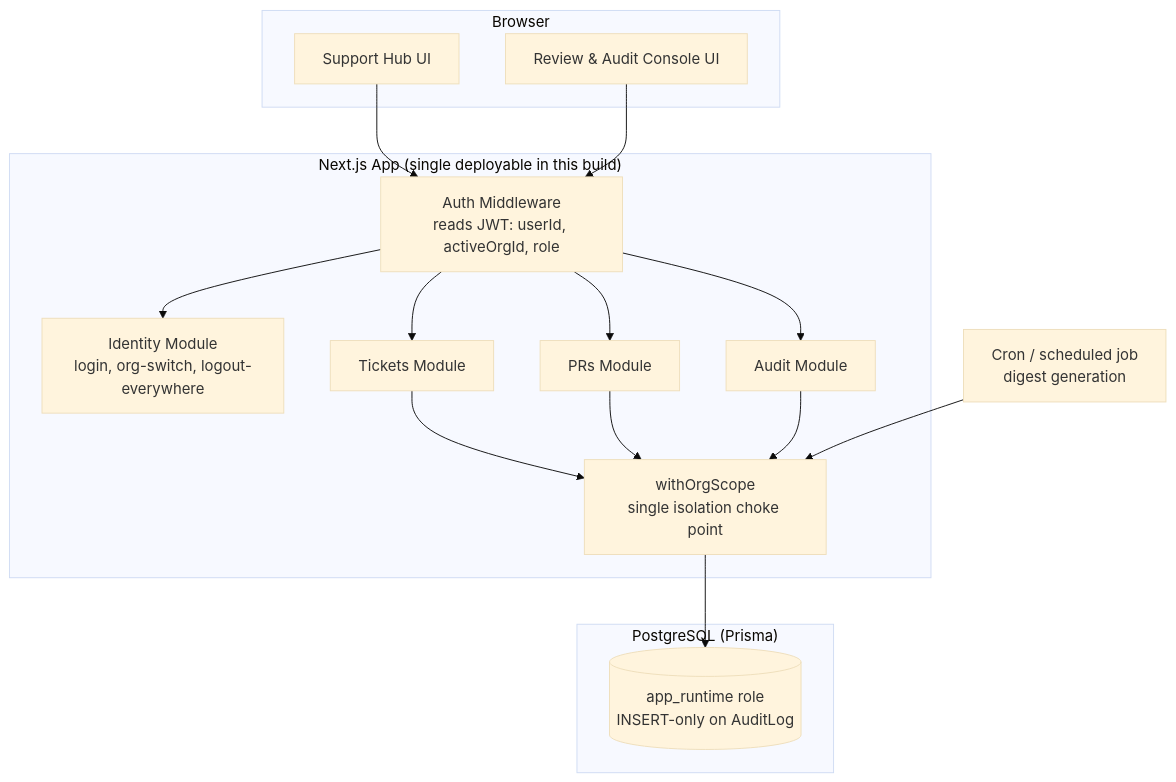
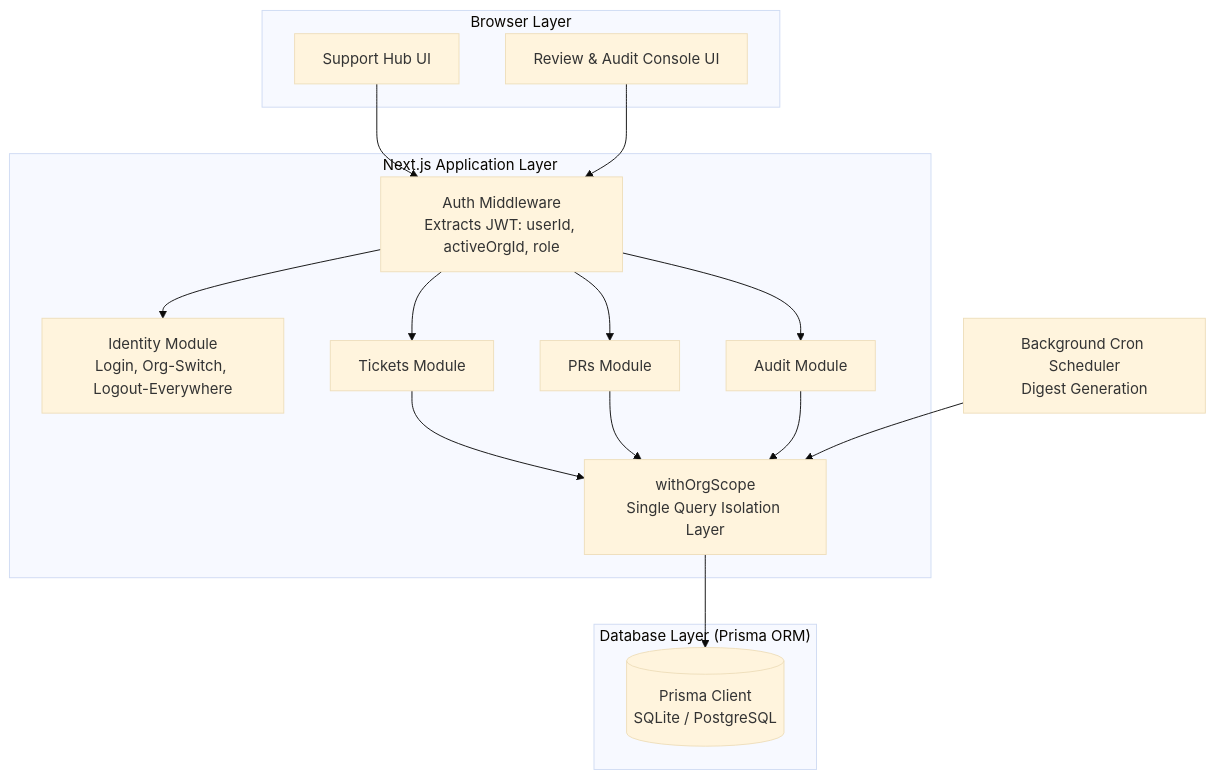
Before and after one commit to sejalAS-1510/org-workspace: the diagram in docs/architecture.md, drawn with Mermaid (base theme). The commit also changed other lines of this file and 1 other file, not shown here.

````diff
--- a/docs/architecture.md
+++ b/docs/architecture.md
@@ -5,34 +5,34 @@
 ```mermaid
 flowchart TB
-    subgraph Client["Browser"]
+    subgraph Client["Browser Layer"]
         SH[Support Hub UI]
         RC[Review & Audit Console UI]
     end
 
-    subgraph App["Next.js App (single deployable in this build)"]
-        MW[Auth Middleware<br/>reads JWT: userId, activeOrgId, role]
-        ID[Identity Module<br/>login, org-switch, logout-everywhere]
+    subgraph App["Next.js Application Layer"]
+        MW[Auth Middleware<br/>Extracts JWT: userId, activeOrgId, role]
+        ID[Identity Module<br/>Login, Org-Switch, Logout-Everywhere]
         TK[Tickets Module]
         PR[PRs Module]
         AU[Audit Module]
-        SCOPE[withOrgScope<br/>single isolation choke point]
+        SCOPE[withOrgScope<br/>Single Query Isolation Layer]
     end
 
-    subgraph Data["PostgreSQL (Prisma)"]
-        DB[(app_runtime role<br/>INSERT-only on AuditLog)]
+    subgraph Data["Database Layer (Prisma ORM)"]
+        DB[(Prisma Client<br/>SQLite / PostgreSQL)]
     end
 
-    CRON[Cron / scheduled job<br/>digest generation]
+    CRON[Background Cron Scheduler<br/>Digest Generation]
 
     SH --> MW
     RC --> MW
     MW --> ID
     MW --> TK
     MW --> PR
     MW --> AU
     TK --> SCOPE
     PR --> SCOPE
     AU --> SCOPE
     SCOPE --> DB
     CRON --> SCOPE
 ```
````
